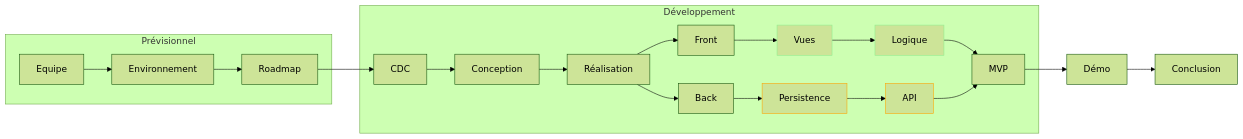
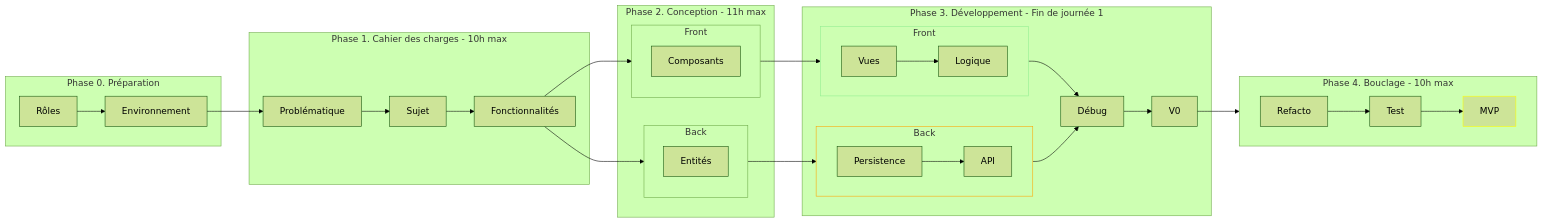
One commit to sximenez/2023-10-oct-hackathon-doc changed the first of 4 diagrams in README.md. Above: the diagram before and after it, drawn with Mermaid (forest theme). The commit also changed other lines of this file and 1 other file, not shown here.

````diff
--- a/README.md
+++ b/README.md
@@ -5,15 +27,53 @@
 ```mermaid
 graph LR
-subgraph Prévisionnel
-Equipe --> Environnement --> Roadmap
+
+subgraph Phase 0. Préparation
+Rôles --> Environnement
 end
-subgraph Développement
-Roadmap --> CDC --> Conception --> Réalisation --> Front --> Vues --> Logique --> MVP
-Réalisation --> Back --> Persistence --> API --> MVP
+
+Environnement --> Problématique
+
+subgraph Phase 1. Cahier des charges - 10h max
+Problématique --> Sujet --> Fonctionnalités
 end
-MVP --> Démo --> Conclusion
-style Vues stroke:lightgreen
-style Persistence stroke:orange
-style API stroke:orange
-style Logique stroke:lightgreen
+
+subgraph Phase 2. Conception - 11h max
+
+subgraph 1[Front]
+Composants
+end
+
+subgraph 2[Back]
+Entités
+end
+
+end
+
+subgraph Phase 3. Développement - Fin de journée 1
+
+subgraph 3[Front]
+direction LR
+Vues --> Logique
+end
+
+subgraph 4[Back]
+direction LR
+Persistence --> API
+end
+
+Débug --> V0
+
+end
+
+subgraph Phase 4. Bouclage - 10h max
+direction LR
+V0 --> Refacto --> Test --> MVP
+end
+
+Fonctionnalités --> 1[Front] --> 3[Front] --> Débug
+Fonctionnalités --> 2[Back] --> 4[Back] --> Débug
+
+style 3 stroke:lightgreen
+style 4 stroke:orange
+style MVP stroke:yellow
 ```
````
